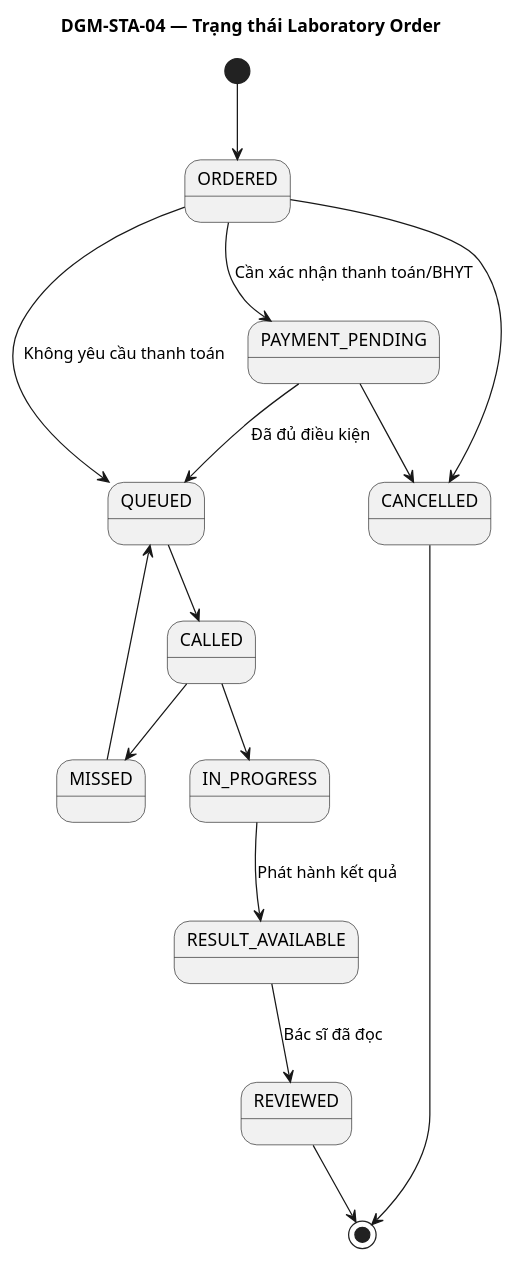
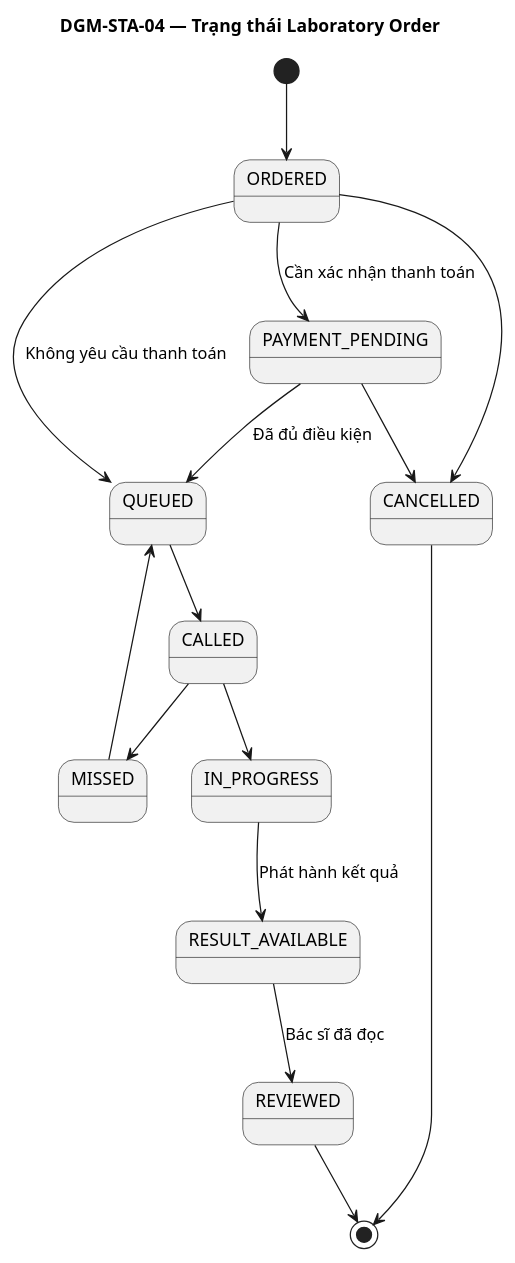
The diagram in docs/report/chapter-03/diagrams/state/dgm-sta-04-laboratory-order.puml (ntkhai268/careflow), drawn with PlantUML before and after one commit. The commit also changed 15 other files, not shown here.

```diff
--- a/docs/report/chapter-03/diagrams/state/dgm-sta-04-laboratory-order.puml
+++ b/docs/report/chapter-03/diagrams/state/dgm-sta-04-laboratory-order.puml
@@ -1,21 +1,21 @@
 @startuml
 title DGM-STA-04 — Trạng thái Laboratory Order
 skinparam backgroundColor white
 skinparam shadowing false
 skinparam defaultFontName Arial
 
 [*] --> ORDERED
-ORDERED --> PAYMENT_PENDING : Cần xác nhận thanh toán/BHYT
+ORDERED --> PAYMENT_PENDING : Cần xác nhận thanh toán
 ORDERED --> QUEUED : Không yêu cầu thanh toán
 PAYMENT_PENDING --> QUEUED : Đã đủ điều kiện
 QUEUED --> CALLED
 CALLED --> IN_PROGRESS
 IN_PROGRESS --> RESULT_AVAILABLE : Phát hành kết quả
 RESULT_AVAILABLE --> REVIEWED : Bác sĩ đã đọc
 CALLED --> MISSED
 MISSED --> QUEUED
 ORDERED --> CANCELLED
 PAYMENT_PENDING --> CANCELLED
 REVIEWED --> [*]
 CANCELLED --> [*]
 @enduml
```
